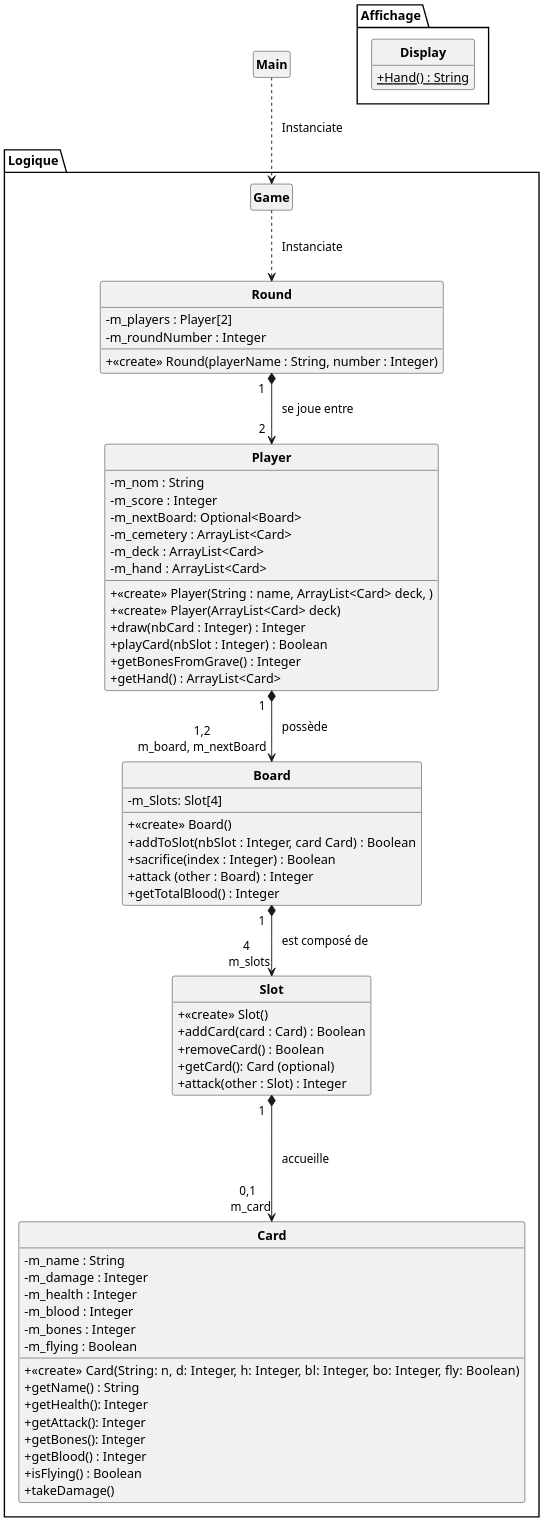
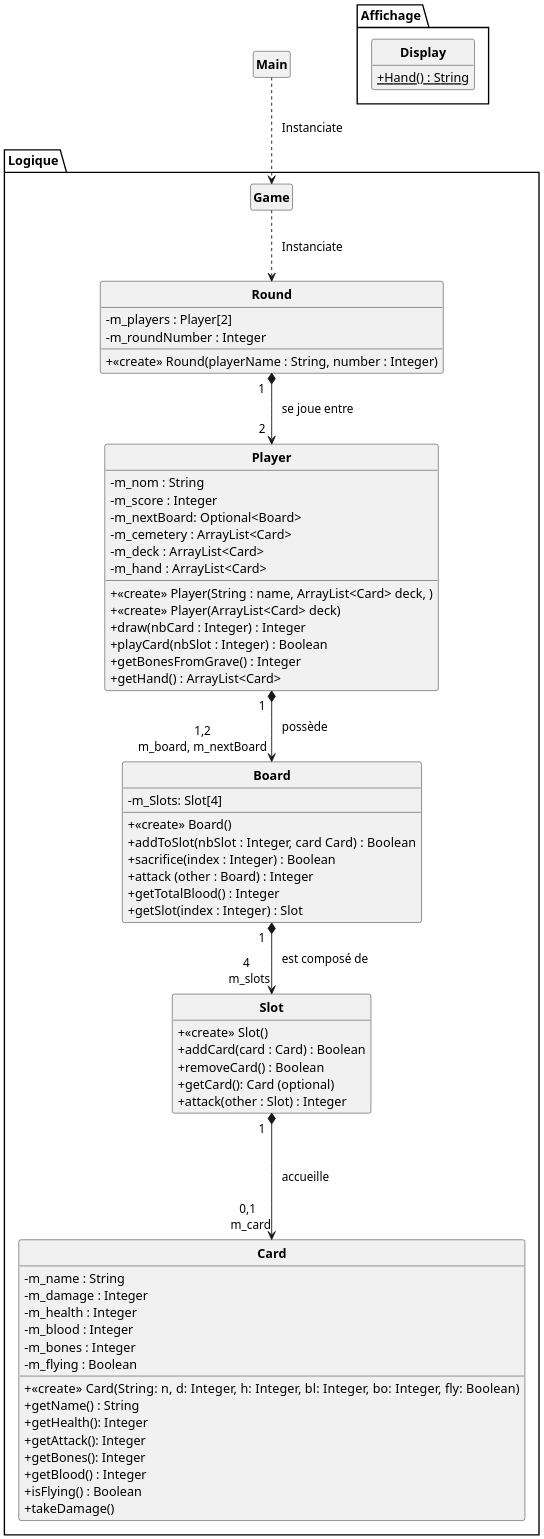
One commit to Romain-Pampagnin/Asciiption changed the diagram in uml/UML.puml. Above: the diagram before and after it, drawn with PlantUML. The commit also changed 4 other files, not shown here.

Commit message:
Modified Display.java, added Display.Board, modified UML.puml, modified Board and Slot Logique

```diff
--- a/uml/UML.puml
+++ b/uml/UML.puml
@@ -1,89 +1,90 @@
 @startuml
 'https://plantuml.com/class-diagram'
 scale 2
 skinparam classAttributeIconSize 0
 skinparam classFontStyle Bold
 skinparam style strictuml
 hide empty members
 
 class Main{}
 
 
 package Logique{
 
 Main ..> Game : "   Instanciate"
 
 Board "1  "*-->"4 \n m_slots" Slot : "   est composé de"
 Slot "1  "*---> "0,1 \n m_card"Card : "   accueille"
 Game ..> Round : "   Instanciate"
 Round "1  " *--> "2  " Player : "   se joue entre"
 Player "1  " *--> "1,2\nm_board, m_nextBoard" Board : "   possède"
 
 class Round{
 -m_players : Player[2]
 -m_roundNumber : Integer
 +<<create>> Round(playerName : String, number : Integer)
 }
 
 class Player{
 -m_nom : String
 -m_score : Integer
 -m_nextBoard: Optional<Board>
 -m_cemetery : ArrayList<Card>
 -m_deck : ArrayList<Card>
 -m_hand : ArrayList<Card>
 +<<create>> Player(String : name, ArrayList<Card> deck, )
 +<<create>> Player(ArrayList<Card> deck)
 + draw(nbCard : Integer) : Integer
 + playCard(nbSlot : Integer) : Boolean
 + getBonesFromGrave() : Integer
 + getHand() : ArrayList<Card>
 }
 
 class Card {
 -m_name : String
 -m_damage : Integer
 -m_health : Integer
 -m_blood : Integer
 -m_bones : Integer
 -m_flying : Boolean
 + <<create>> Card(String: n, d: Integer, h: Integer,  bl: Integer, bo: Integer, fly: Boolean)
 + getName() : String
 + getHealth(): Integer
 + getAttack(): Integer
 + getBones(): Integer
 + getBlood() : Integer
 + isFlying() : Boolean
 + takeDamage()
 }
 
 class Slot {
 + <<create>> Slot()
 + addCard(card : Card) : Boolean
 + removeCard() : Boolean
 + getCard(): Card (optional)
 + attack(other : Slot) : Integer
 }
 
 class Board {
 -m_Slots: Slot[4]
 +<<create>> Board()
 + addToSlot(nbSlot : Integer, card Card) : Boolean
 + sacrifice(index : Integer) : Boolean
 + attack (other : Board) : Integer
 + getTotalBlood() : Integer
++ getSlot(index : Integer) : Slot
 /'+ isSlotFree(nbSlot : Integer) : Boolean '/
 }
 
 class Game{
 }
 
 }
 
 Package Affichage{
 class Display{
 +{static}Hand() : String
 }
 }
 
 @enduml
```
